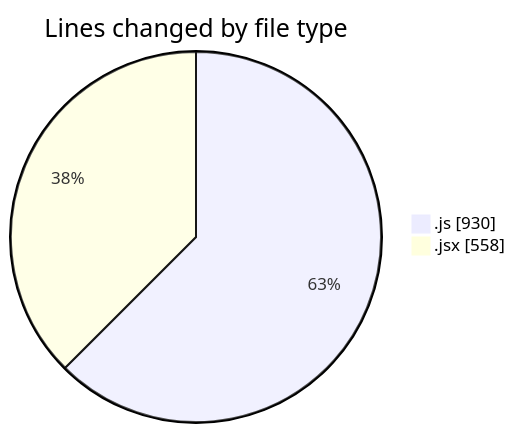
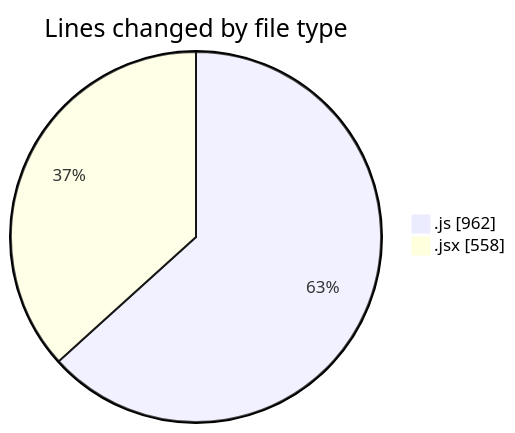
The first of 2 diagrams in 2025-08-05/nxtqube_webapp/README.md (nxtqubesakshisongat/code-tracking), drawn with Mermaid before and after one commit. The commit also changed other lines of this file and 1 other file, not shown here.

````diff
--- a/2025-08-05/nxtqube_webapp/README.md
+++ b/2025-08-05/nxtqube_webapp/README.md
@@ -22,6 +22,6 @@
 ```mermaid
 pie showData
 title Lines changed by file type
-".js" : 930
+".js" : 962
 ".jsx" : 558
 ```
````
